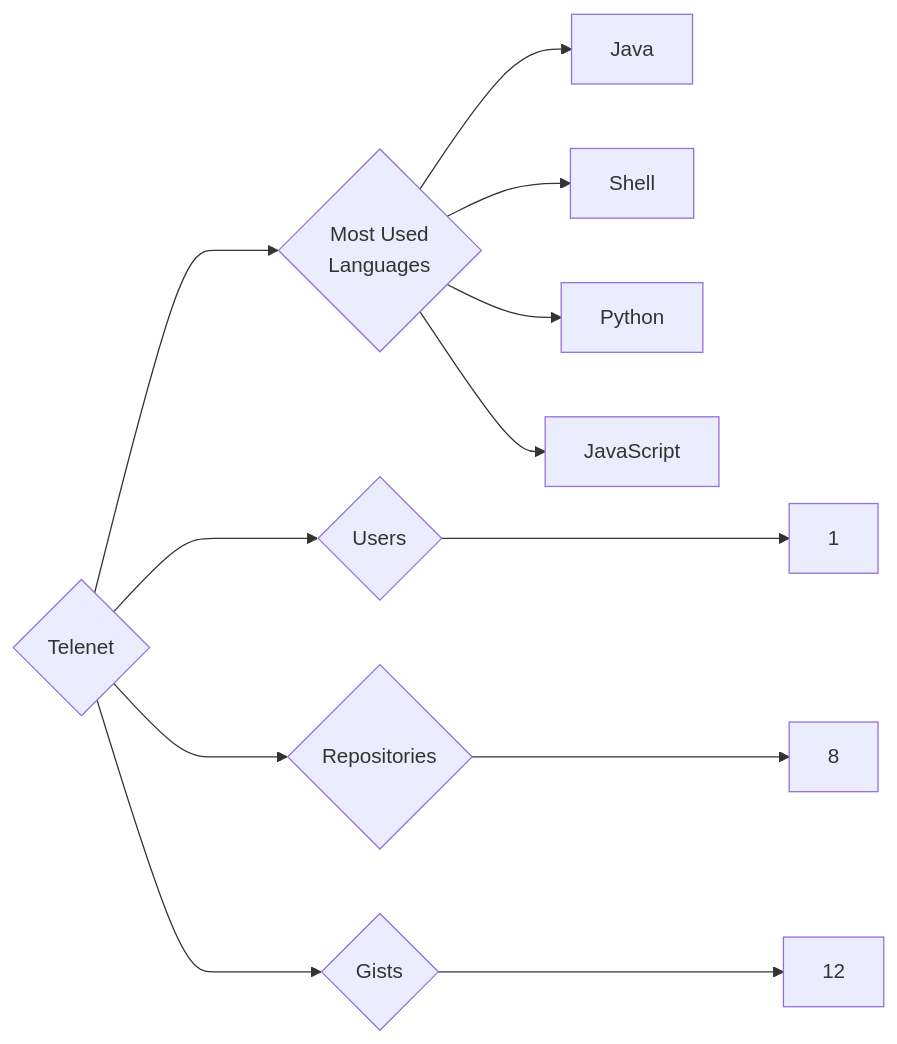
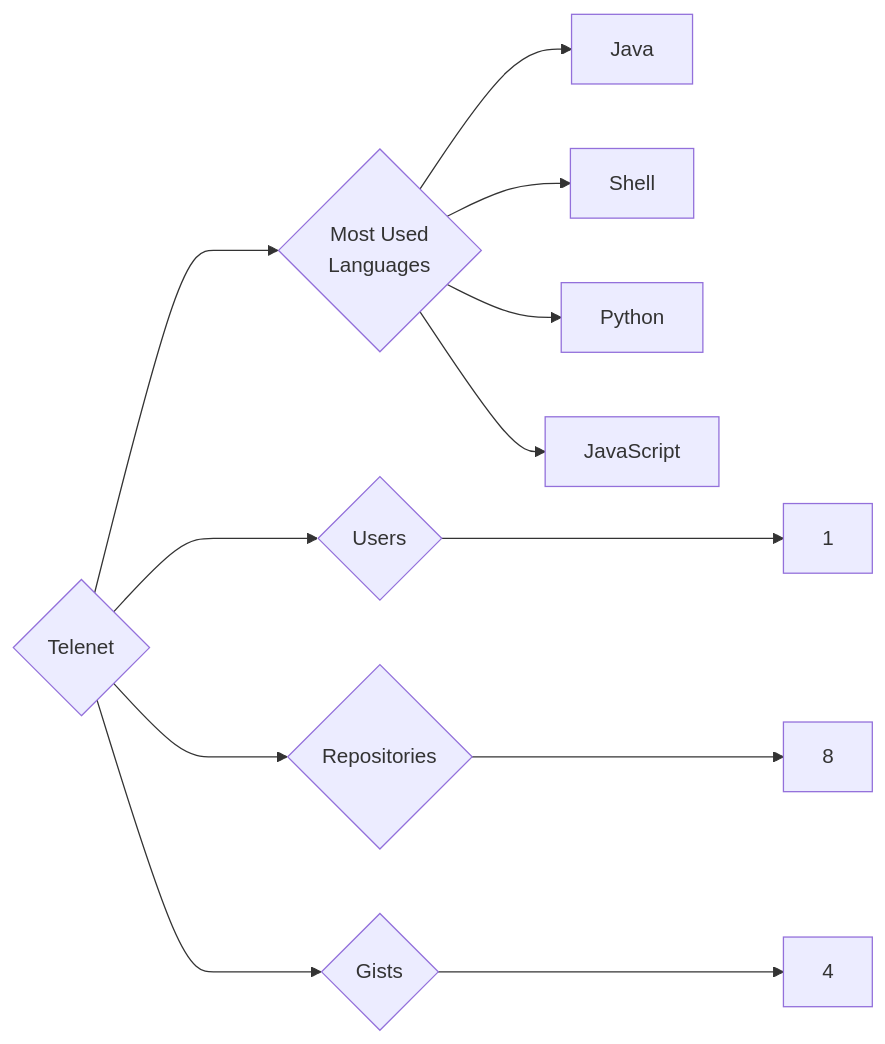
Before and after one commit to trickest/insiders: the diagram in targets/Telenet/README.md, drawn with Mermaid. The commit also changed 948 other files, not shown here.

````diff
--- a/targets/Telenet/README.md
+++ b/targets/Telenet/README.md
@@ -3,12 +3,12 @@
 ```mermaid
 graph LR
 COMPANY_NAME{Telenet}
 COMPANY_NAME ---> U{Users} ---> UN[1]
 COMPANY_NAME ---> R{Repositories} ---> RN[8]
-COMPANY_NAME ---> G{Gists} ---> GN[12]
+COMPANY_NAME ---> G{Gists} ---> GN[4]
 COMPANY_NAME ---> ML{Most Used<br>Languages}
 ML --> Java[Java]
 ML --> Shell[Shell]
 ML --> Python[Python]
 ML --> JavaScript[JavaScript]
 ```
````
